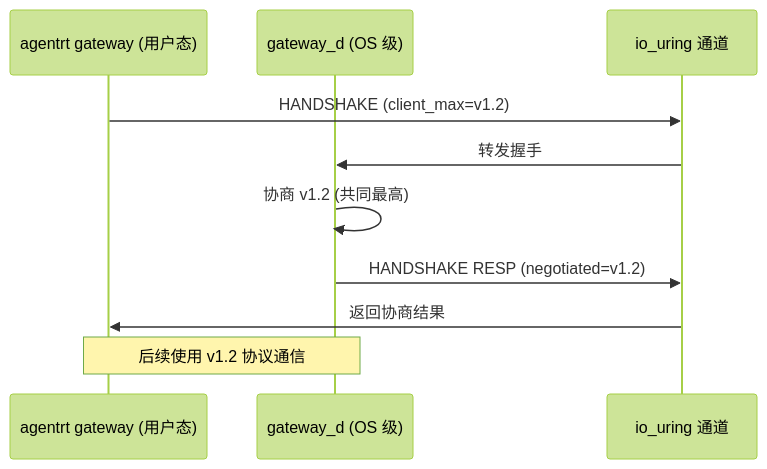
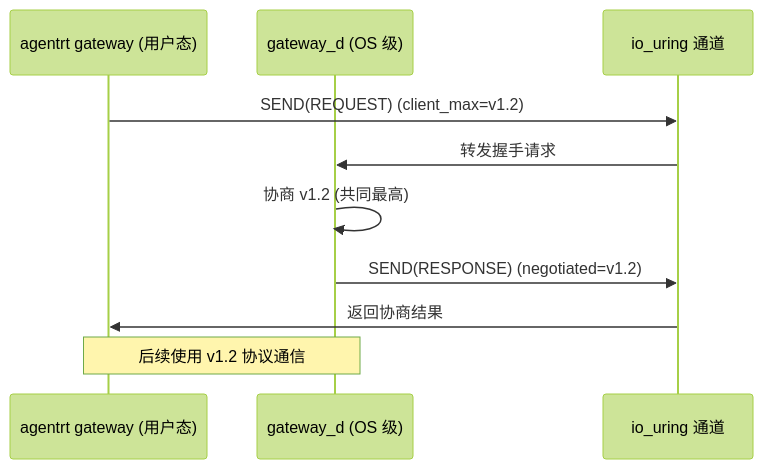
The third of 4 diagrams in 160-compatibility/04-ipc-versioning.md (openairymax/docs-linux), drawn with Mermaid (forest theme) before and after one commit. The commit also changed other lines of this file and 72 other files, not shown here.

````diff
--- a/160-compatibility/04-ipc-versioning.md
+++ b/160-compatibility/04-ipc-versioning.md
@@ -397,13 +404,13 @@
 ```mermaid
 sequenceDiagram
     participant AGW as agentrt gateway (用户态)
     participant DGW as gateway_d (OS 级)
     participant URING as io_uring 通道
 
-    AGW->>URING: HANDSHAKE (client_max=v1.2)
-    URING->>DGW: 转发握手
+    AGW->>URING: SEND(REQUEST) (client_max=v1.2)
+    URING->>DGW: 转发握手请求
     DGW->>DGW: 协商 v1.2 (共同最高)
-    DGW->>URING: HANDSHAKE RESP (negotiated=v1.2)
+    DGW->>URING: SEND(RESPONSE) (negotiated=v1.2)
     URING->>AGW: 返回协商结果
     Note over AGW,DGW: 后续使用 v1.2 协议通信
 ```
````
